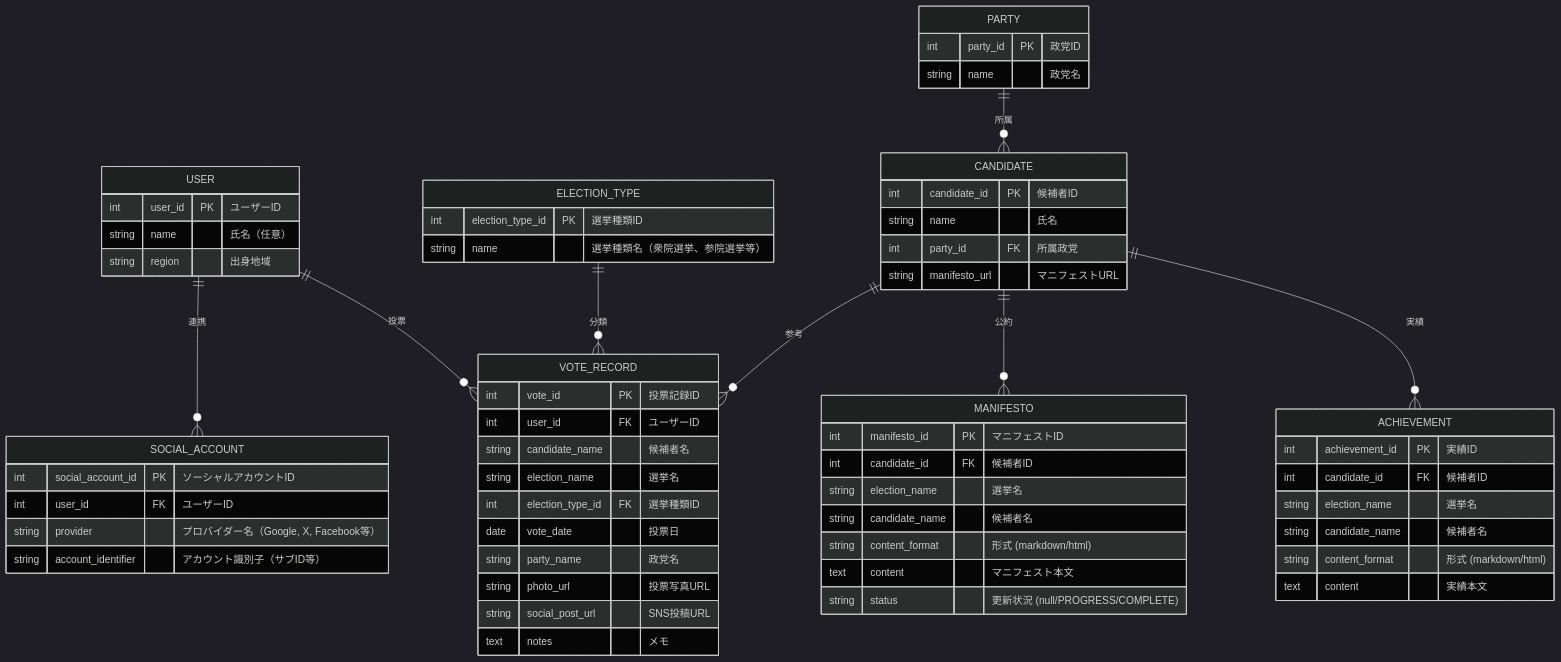
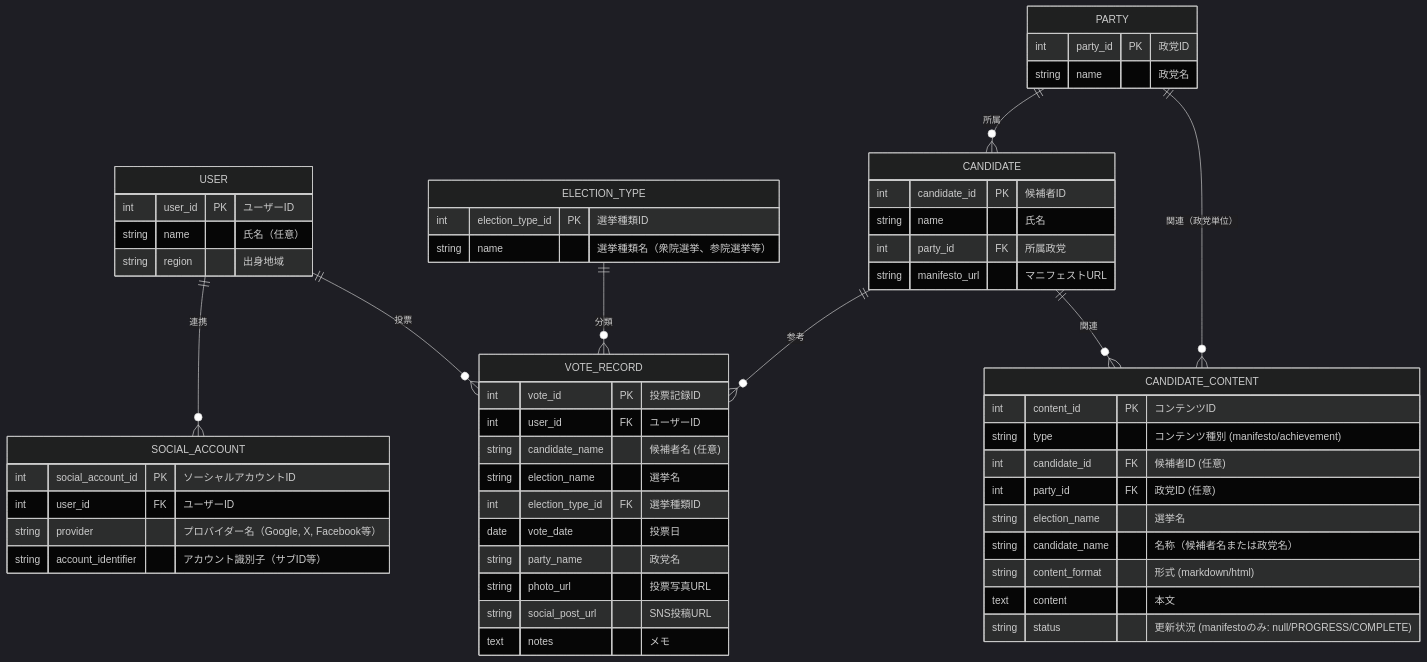
Before and after one commit to papettoTV/my-tohyo: the diagram in doc/ER.md, drawn with Mermaid (dark theme). The commit also changed other lines of this file and 5 other files, not shown here.

````diff
--- a/doc/ER.md
+++ b/doc/ER.md
@@ -5,65 +5,59 @@
 ```mermaid
 erDiagram
     USER {
         int user_id PK "ユーザーID"
         string name "氏名（任意）"
         string region "出身地域"
     }
     SOCIAL_ACCOUNT {
         int social_account_id PK "ソーシャルアカウントID"
         int user_id FK "ユーザーID"
         string provider "プロバイダー名（Google, X, Facebook等）"
         string account_identifier "アカウント識別子（サブID等）"
     }
     ELECTION_TYPE {
         int election_type_id PK "選挙種類ID"
         string name "選挙種類名（衆院選挙、参院選挙等）"
     }
     PARTY {
         int party_id PK "政党ID"
         string name "政党名"
     }
     CANDIDATE {
         int candidate_id PK "候補者ID"
         string name "氏名"
         int party_id FK "所属政党"
         string manifesto_url "マニフェストURL"
     }
-    MANIFESTO {
-        int manifesto_id PK "マニフェストID"
-        int candidate_id FK "候補者ID"
+    CANDIDATE_CONTENT {
+        int content_id PK "コンテンツID"
+        string type "コンテンツ種別 (manifesto/achievement)"
+        int candidate_id FK "候補者ID (任意)"
+        int party_id FK "政党ID (任意)"
         string election_name "選挙名"
-        string candidate_name "候補者名"
+        string candidate_name "名称（候補者名または政党名）"
         string content_format "形式 (markdown/html)"
-        text content "マニフェスト本文"
-        string status "更新状況 (null/PROGRESS/COMPLETE)"
-    }
-    ACHIEVEMENT {
-        int achievement_id PK "実績ID"
-        int candidate_id FK "候補者ID"
-        string election_name "選挙名"
-        string candidate_name "候補者名"
-        string content_format "形式 (markdown/html)"
-        text content "実績本文"
+        text content "本文"
+        string status "更新状況 (manifestoのみ: null/PROGRESS/COMPLETE)"
     }
     VOTE_RECORD {
         int vote_id PK "投票記録ID"
         int user_id FK "ユーザーID"
-        string candidate_name "候補者名"
+        string candidate_name "候補者名 (任意)"
         string election_name "選挙名"
         int election_type_id FK "選挙種類ID"
         date vote_date "投票日"
         string party_name "政党名"
         string photo_url "投票写真URL"
         string social_post_url "SNS投稿URL"
         text notes "メモ"
     }
 
     USER ||--o{ SOCIAL_ACCOUNT : "連携"
     USER ||--o{ VOTE_RECORD : "投票"
     ELECTION_TYPE ||--o{ VOTE_RECORD : "分類"
     CANDIDATE ||--o{ VOTE_RECORD : "参考"
-    CANDIDATE ||--o{ MANIFESTO : "公約"
-    CANDIDATE ||--o{ ACHIEVEMENT : "実績"
+    CANDIDATE ||--o{ CANDIDATE_CONTENT : "関連"
+    PARTY ||--o{ CANDIDATE_CONTENT : "関連（政党単位）"
     PARTY ||--o{ CANDIDATE : "所属"
 ```
````
